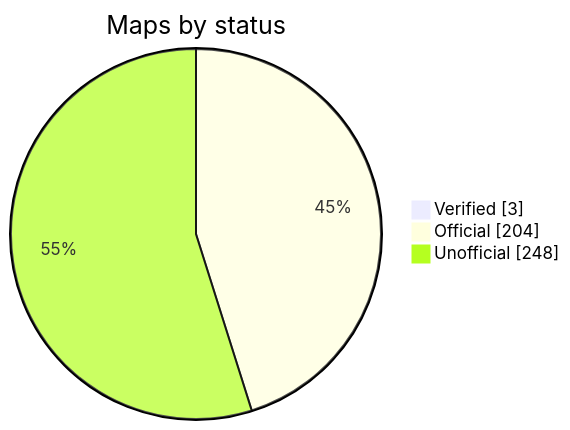
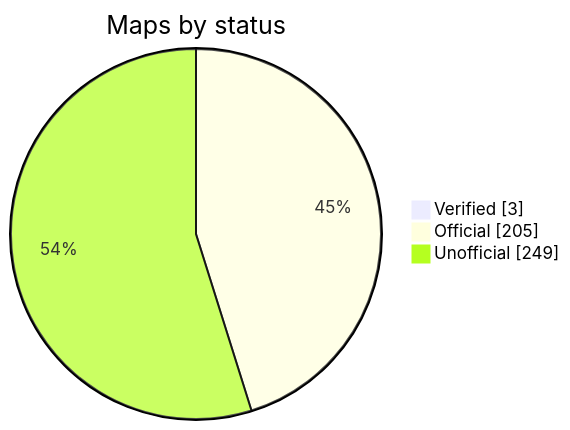
Before and after one commit to nobrega8/mbmap-library: the diagram in README.md, drawn with Mermaid. The commit also changed 3 other files, not shown here.

````diff
--- a/README.md
+++ b/README.md
@@ -48,7 +48,7 @@
 ```mermaid
 pie showData
     title Maps by status
     "Verified" : 3
-    "Official" : 204
-    "Unofficial" : 248
+    "Official" : 205
+    "Unofficial" : 249
 ```
````
